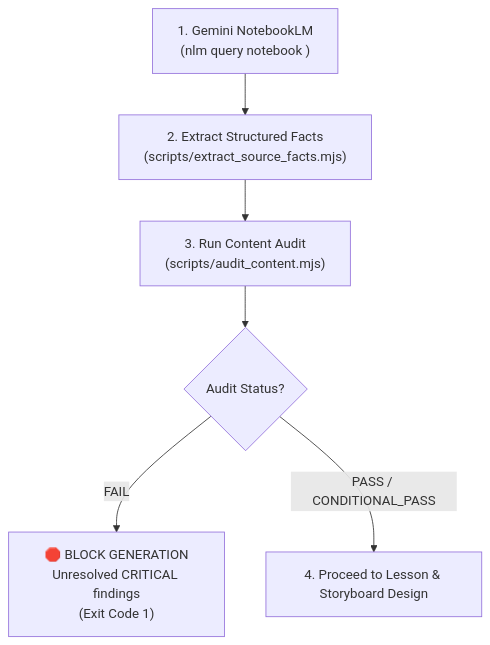
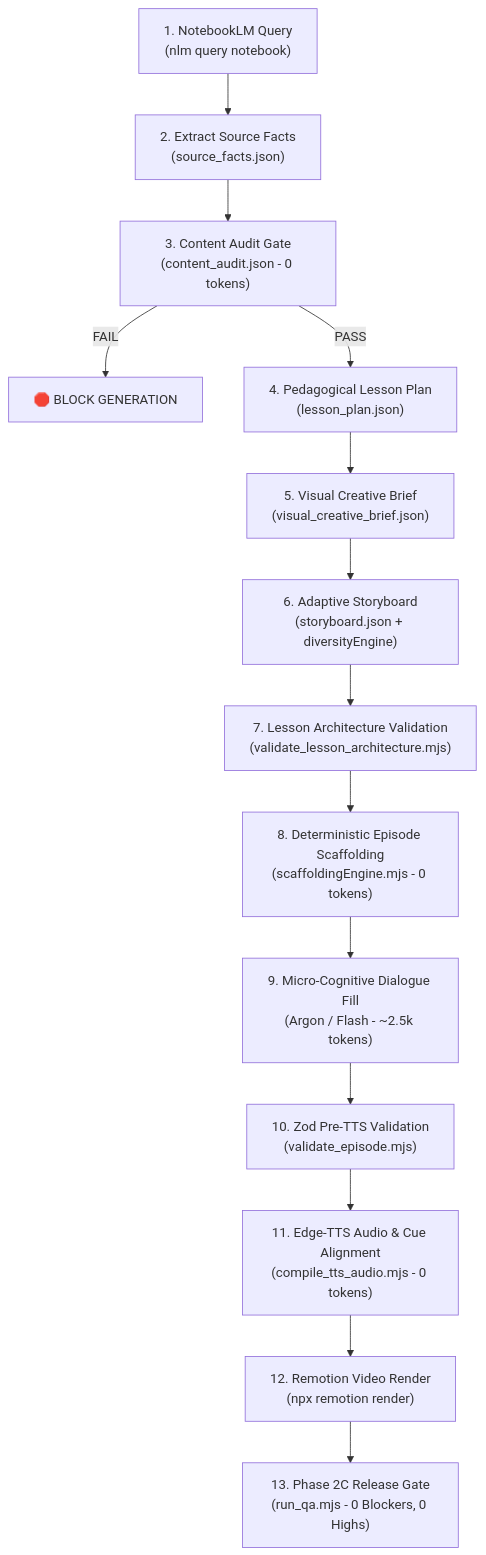
The fourth of 4 diagrams in AGENTS.md (yash3155/Video-Generator), drawn with Mermaid before and after one commit. The commit also changed other lines of this file and 17 other files, not shown here.

Commit message:
feat(core): update schemas, quality standards, composite template layout and QA engine

````diff
--- a/AGENTS.md
+++ b/AGENTS.md
@@ -107,8 +180,16 @@
 ```mermaid
 flowchart TD
-    NOTEBOOK["1. Gemini NotebookLM\n(nlm query notebook <id>)"] --> FACTS["2. Extract Structured Facts\n(scripts/extract_source_facts.mjs)"]
-    FACTS --> AUDIT["3. Run Content Audit\n(scripts/audit_content.mjs)"]
-    AUDIT --> EVAL{"Audit Status?"}
-    EVAL -->|FAIL| BLOCK["🛑 BLOCK GENERATION\nUnresolved CRITICAL findings\n(Exit Code 1)"]
-    EVAL -->|PASS / CONDITIONAL_PASS| LESSON["4. Proceed to Lesson & Storyboard Design"]
+    NLM["1. NotebookLM Query\n(nlm query notebook)"] --> FACTS["2. Extract Source Facts\n(source_facts.json)"]
+    FACTS --> AUDIT["3. Content Audit Gate\n(content_audit.json - 0 tokens)"]
+    AUDIT -->|FAIL| BLOCK["🛑 BLOCK GENERATION"]
+    AUDIT -->|PASS| LESSON["4. Pedagogical Lesson Plan\n(lesson_plan.json)"]
+    LESSON --> BRIEF["5. Visual Creative Brief\n(visual_creative_brief.json)"]
+    BRIEF --> STORY["6. Adaptive Storyboard\n(storyboard.json + diversityEngine)"]
+    STORY --> VAL_P1["7. Lesson Architecture Validation\n(validate_lesson_architecture.mjs)"]
+    VAL_P1 --> SCAFFOLD["8. Deterministic Episode Scaffolding\n(scaffoldingEngine.mjs - 0 tokens)"]
+    SCAFFOLD --> MICRO["9. Micro-Cognitive Dialogue Fill\n(Argon / Flash - ~2.5k tokens)"]
+    MICRO --> VAL_EP["10. Zod Pre-TTS Validation\n(validate_episode.mjs)"]
+    VAL_EP --> AUDIO["11. Edge-TTS Audio & Cue Alignment\n(compile_tts_audio.mjs - 0 tokens)"]
+    AUDIO --> RENDER["12. Remotion Video Render\n(npx remotion render)"]
+    RENDER --> QA["13. Phase 2C Release Gate\n(run_qa.mjs - 0 Blockers, 0 Highs)"]
 ```
````
